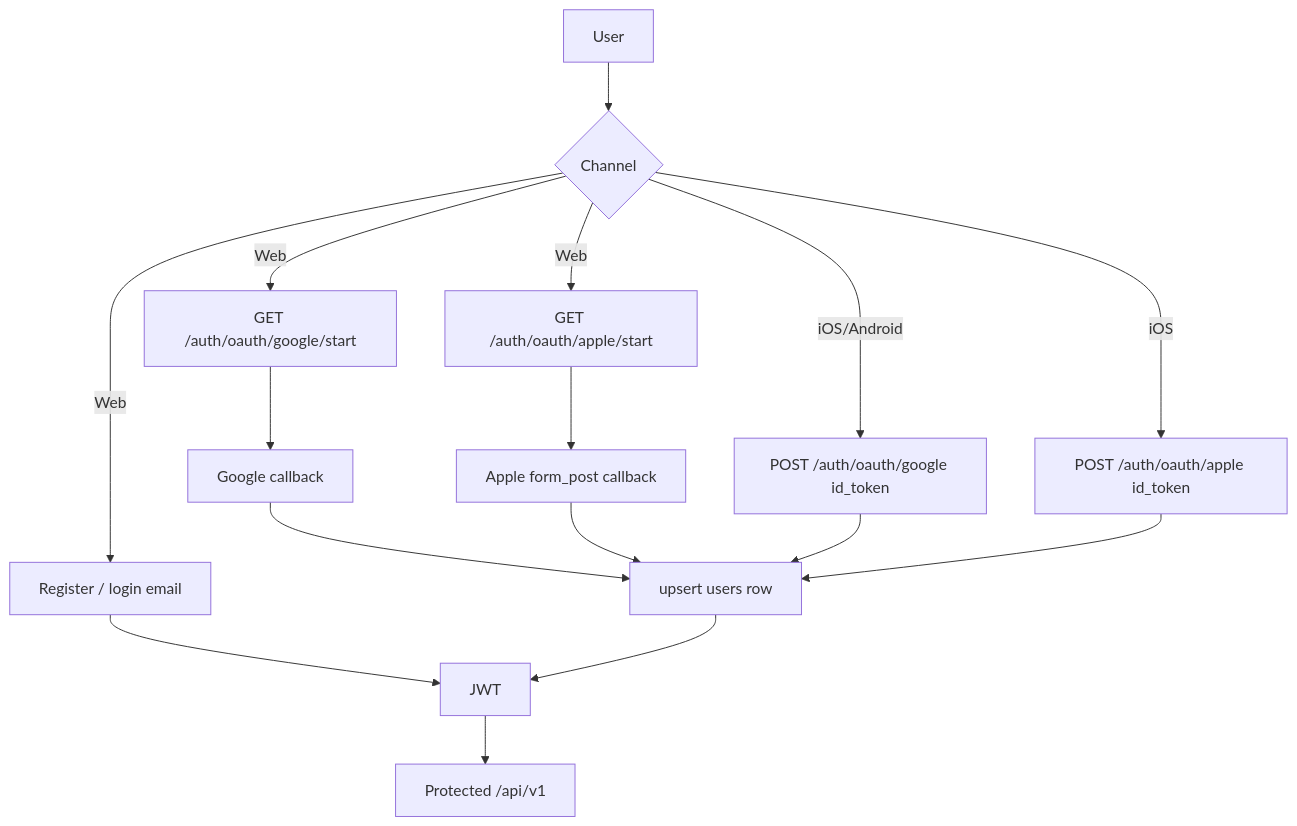
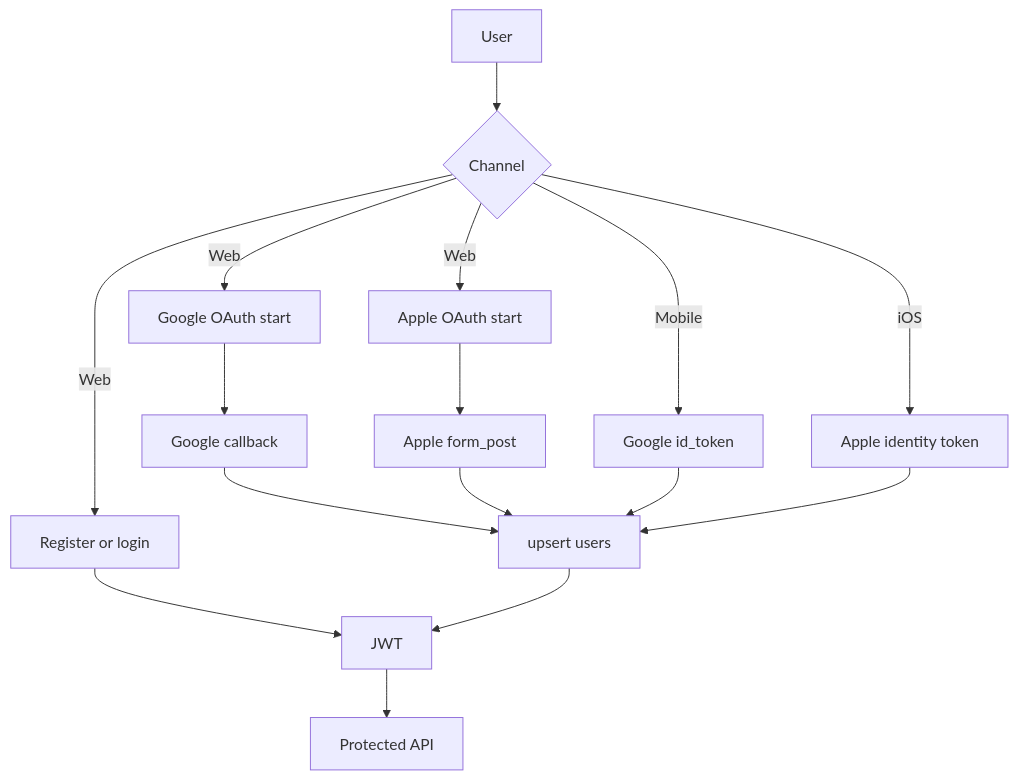
One commit to zxspring21/localAIAgent changed the fifth of 10 diagrams in docs/ARCHITECTURE.md. Above: the diagram before and after it, drawn with Mermaid. The commit also changed other lines of this file and 10 other files, not shown here.

````diff
--- a/docs/ARCHITECTURE.md
+++ b/docs/ARCHITECTURE.md
@@ -180,18 +176,18 @@
 ```mermaid
 flowchart TD
-  U[User] --> W{Channel}
-  W -->|Web| EmailForm[Register / login email]
-  W -->|Web| GStart[GET /auth/oauth/google/start]
-  W -->|Web| AStart[GET /auth/oauth/apple/start]
-  W -->|iOS/Android| GTok[POST /auth/oauth/google id_token]
-  W -->|iOS| ATok[POST /auth/oauth/apple id_token]
-  EmailForm --> JWT[JWT]
-  GStart --> GCB[Google callback]
-  AStart --> ACB[Apple form_post callback]
-  GCB --> Upsert[upsert users row]
+  U["User"] --> W{"Channel"}
+  W -->|"Web"| EmailForm["Register or login"]
+  W -->|"Web"| GStart["Google OAuth start"]
+  W -->|"Web"| AStart["Apple OAuth start"]
+  W -->|"Mobile"| GTok["Google id_token"]
+  W -->|"iOS"| ATok["Apple identity token"]
+  EmailForm --> JWT["JWT"]
+  GStart --> GCB["Google callback"]
+  AStart --> ACB["Apple form_post"]
+  GCB --> Upsert["upsert users"]
   ACB --> Upsert
   GTok --> Upsert
   ATok --> Upsert
   Upsert --> JWT
-  JWT --> API[Protected /api/v1]
+  JWT --> API["Protected API"]
 ```
````
